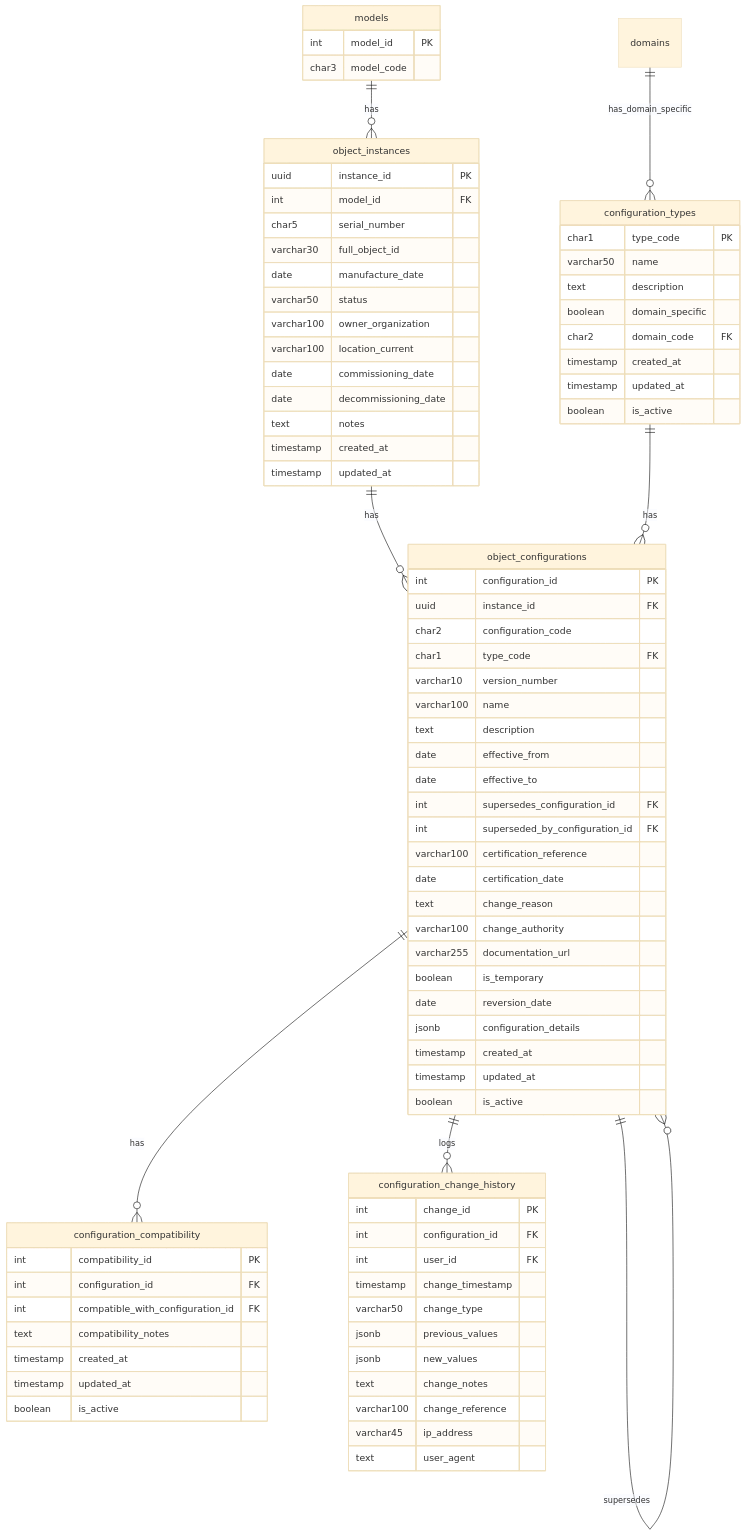
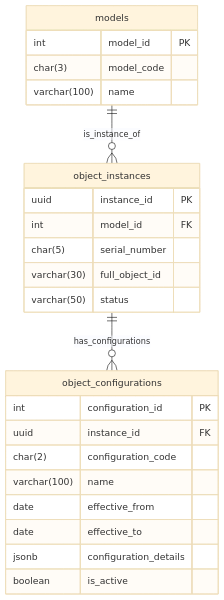
Before and after one commit to ampel360/Robbbo-T: the third of 5 diagrams in README.md, drawn with Mermaid (base theme). The commit also changed other lines of this file, not shown here.

````diff
--- a/README.md
+++ b/README.md
@@ -1992,90 +1473,29 @@
 erDiagram
     models {
         int model_id PK
-        char3 model_code
+        char(3) model_code
+        varchar(100) name
     }
-    
-    configuration_types {
-        char1 type_code PK
-        varchar50 name
-        text description
-        boolean domain_specific
-        char2 domain_code FK
-        timestamp created_at
-        timestamp updated_at
-        boolean is_active
-    }
-    
+
     object_instances {
         uuid instance_id PK
         int model_id FK
-        char5 serial_number
-        varchar30 full_object_id
-        date manufacture_date
-        varchar50 status
-        varchar100 owner_organization
-        varchar100 location_current
-        date commissioning_date
-        date decommissioning_date
-        text notes
-        timestamp created_at
-        timestamp updated_at
+        char(5) serial_number
+        varchar(30) full_object_id
+        varchar(50) status
     }
-    
+
     object_configurations {
         int configuration_id PK
         uuid instance_id FK
-        char2 configuration_code
-        char1 type_code FK
-        varchar10 version_number
-        varchar100 name
-        text description
+        char(2) configuration_code
+        varchar(100) name
         date effective_from
         date effective_to
-        int supersedes_configuration_id FK
-        int superseded_by_configuration_id FK
-        varchar100 certification_reference
-        date certification_date
-        text change_reason
-        varchar100 change_authority
-        varchar255 documentation_url
-        boolean is_temporary
-        date reversion_date
         jsonb configuration_details
-        timestamp created_at
-        timestamp updated_at
         boolean is_active
     }
-    
-    configuration_compatibility {
-        int compatibility_id PK
-        int configuration_id FK
-        int compatible_with_configuration_id FK
-        text compatibility_notes
-        timestamp created_at
-        timestamp updated_at
-        boolean is_active
-    }
-    
-    configuration_change_history {
-        int change_id PK
-        int configuration_id FK
-        int user_id FK
-        timestamp change_timestamp
-        varchar50 change_type
-        jsonb previous_values
-        jsonb new_values
-        text change_notes
-        varchar100 change_reference
-        varchar45 ip_address
-        text user_agent
-    }
-    
-    models ||--o{ object_instances : "has"
-    object_instances ||--o{ object_configurations : "has"
-    configuration_types ||--o{ object_configurations : "has"
-    object_configurations ||--o{ object_configurations : "supersedes"
-    object_configurations ||--o{ configuration_compatibility : "has"
-    object_configurations ||--o{ configuration_change_history : "logs"
-    domains ||--o{ configuration_types : "has_domain_specific"
+
+    models ||--o{ object_instances : "is_instance_of"
+    object_instances ||--o{ object_configurations : "has_configurations"
 ```
````
